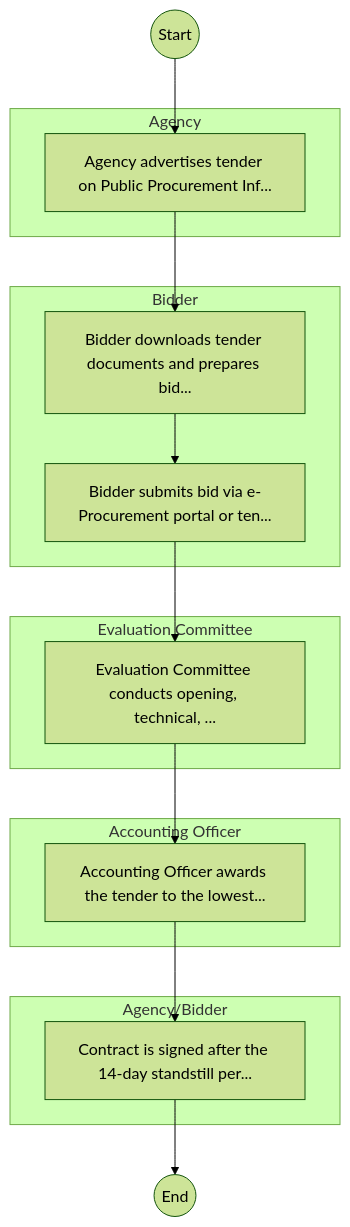
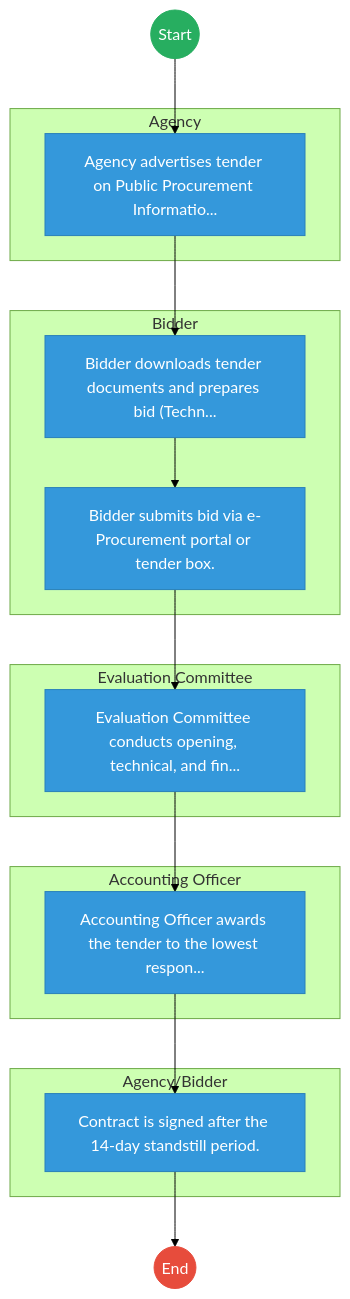
The diagram in mdas/docs_final/Athi_Water_Works_Development_Agency___Procurement_Process.md (BITZ-IT-Consulting-LTD/ictapoc), drawn with Mermaid (forest theme) before and after one commit. The commit also changed 461 other files, not shown here.

````diff
--- a/mdas/docs_final/Athi_Water_Works_Development_Agency___Procurement_Process.md
+++ b/mdas/docs_final/Athi_Water_Works_Development_Agency___Procurement_Process.md
@@ -20,26 +20,40 @@
 ```mermaid
 graph TD
     Start((Start)) --> S1
+
     subgraph Agency [Agency]
-        S1["Agency advertises tender on Public Procurement Inf..."]
+        S1["Agency advertises tender on Public Procurement Informatio..."]
     end
+
     subgraph Bidder [Bidder]
-        S2["Bidder downloads tender documents and prepares bid..."]
-        S3["Bidder submits bid via e-Procurement portal or ten..."]
+        S2["Bidder downloads tender documents and prepares bid (Techn..."]
+        S3["Bidder submits bid via e-Procurement portal or tender box."]
     end
-    subgraph EvaluationCommittee [Evaluation Committee]
-        S4["Evaluation Committee conducts opening, technical, ..."]
+
+    subgraph Evaluation_Committee [Evaluation Committee]
+        S4["Evaluation Committee conducts opening, technical, and fin..."]
     end
-    subgraph AccountingOfficer [Accounting Officer]
-        S5["Accounting Officer awards the tender to the lowest..."]
+
+    subgraph Accounting_Officer [Accounting Officer]
+        S5["Accounting Officer awards the tender to the lowest respon..."]
     end
-    subgraph AgencyBidder [Agency/Bidder]
-        S6["Contract is signed after the 14-day standstill per..."]
+
+    subgraph Agency_Bidder [Agency/Bidder]
+        S6["Contract is signed after the 14-day standstill period."]
     end
     S1 --> S2
     S2 --> S3
     S3 --> S4
     S4 --> S5
     S5 --> S6
     S6 --> End((End))
+
+    classDef start fill:#27ae60,stroke:#27ae60,color:#fff;
+    classDef endNode fill:#e74c3c,stroke:#e74c3c,color:#fff;
+    classDef userTask fill:#3498db,stroke:#2980b9,color:#fff;
+    classDef serviceTask fill:#9b59b6,stroke:#8e44ad,color:#fff;
+
+    class Start start;
+    class End endNode;
+    class S1,S2,S3,S4,S5,S6 userTask;
 ```
````
